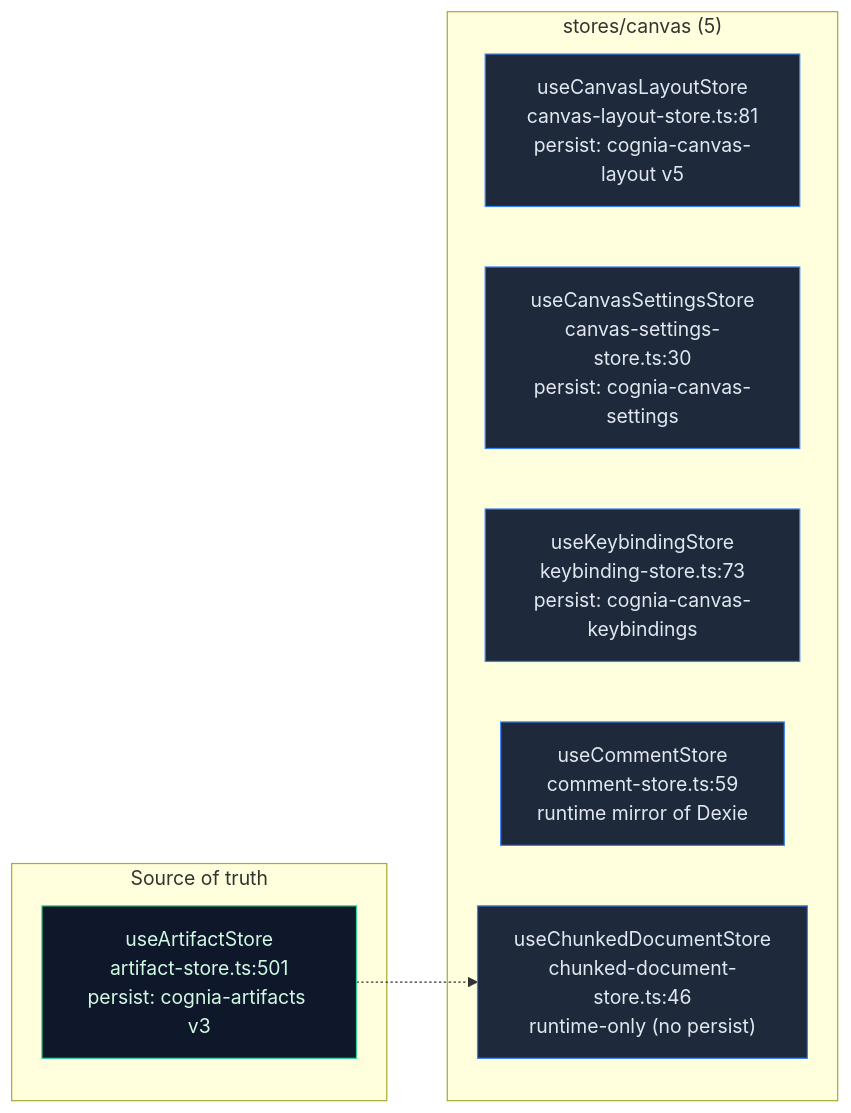
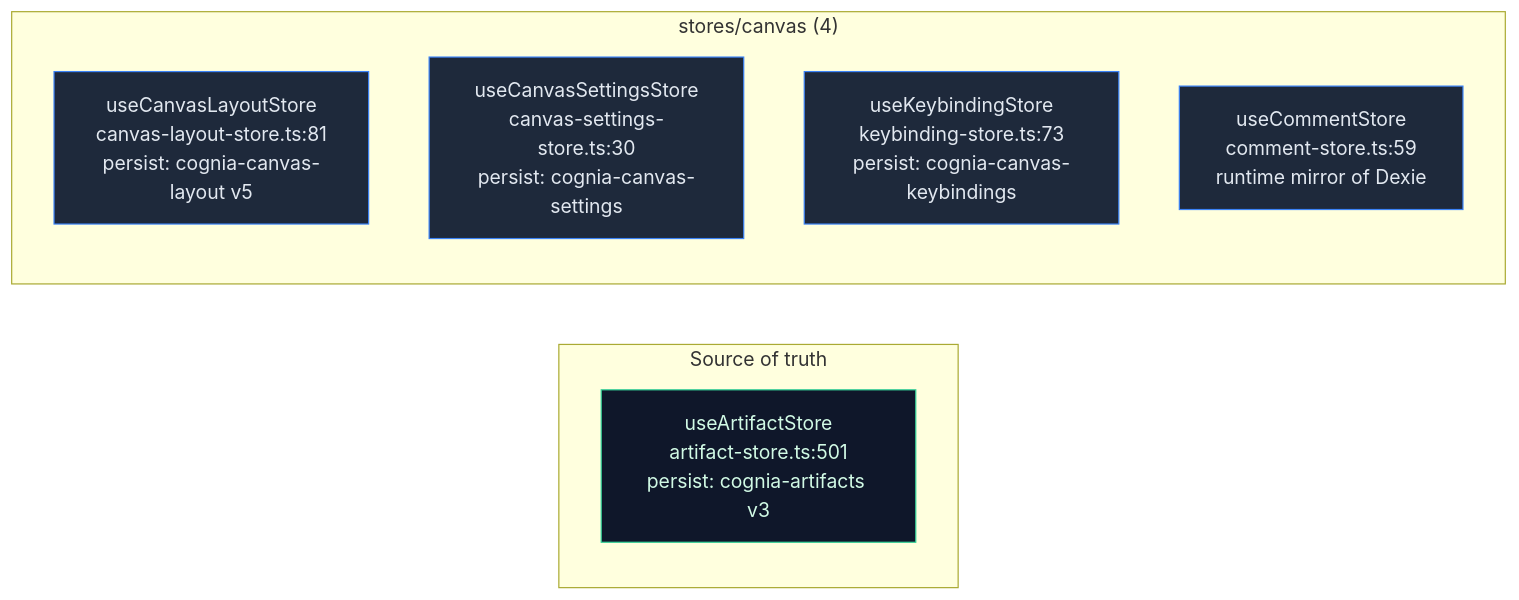
One commit to MaxQian888/cognia-next changed the first of 2 diagrams in docs/content/docs/en/subsystems/canvas/state-persistence.mdx. Above: the diagram before and after it, drawn with Mermaid. The commit also changed other lines of this file and 43 other files, not shown here.

````diff
--- a/docs/content/docs/en/subsystems/canvas/state-persistence.mdx
+++ b/docs/content/docs/en/subsystems/canvas/state-persistence.mdx
@@ -55,18 +55,16 @@
 ```mermaid
 flowchart LR
   subgraph SOT["Source of truth"]
     ART["useArtifactStore<br/>artifact-store.ts:501<br/>persist: cognia-artifacts v3"]
   end
-  subgraph CANVAS["stores/canvas (5)"]
+  subgraph CANVAS["stores/canvas (4)"]
     L["useCanvasLayoutStore<br/>canvas-layout-store.ts:81<br/>persist: cognia-canvas-layout v5"]
     S["useCanvasSettingsStore<br/>canvas-settings-store.ts:30<br/>persist: cognia-canvas-settings"]
     K["useKeybindingStore<br/>keybinding-store.ts:73<br/>persist: cognia-canvas-keybindings"]
     C["useCommentStore<br/>comment-store.ts:59<br/>runtime mirror of Dexie"]
-    CH["useChunkedDocumentStore<br/>chunked-document-store.ts:46<br/>runtime-only (no persist)"]
   end
-  ART -.-> CH
   classDef sot fill:#0f172a,stroke:#34d399,color:#d1fae5
   classDef st fill:#1e293b,stroke:#3b82f6,color:#e2e8f0
   class ART sot
   class L,S,K,C,CH st
 ```
````
